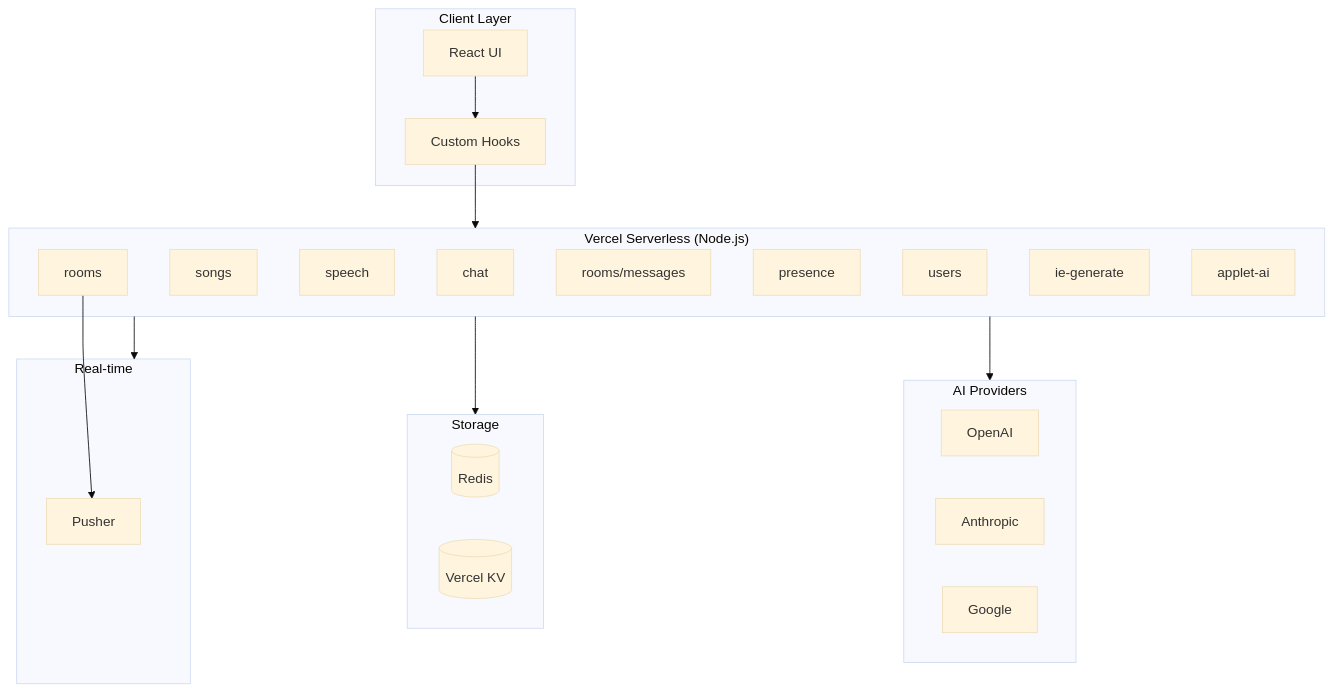
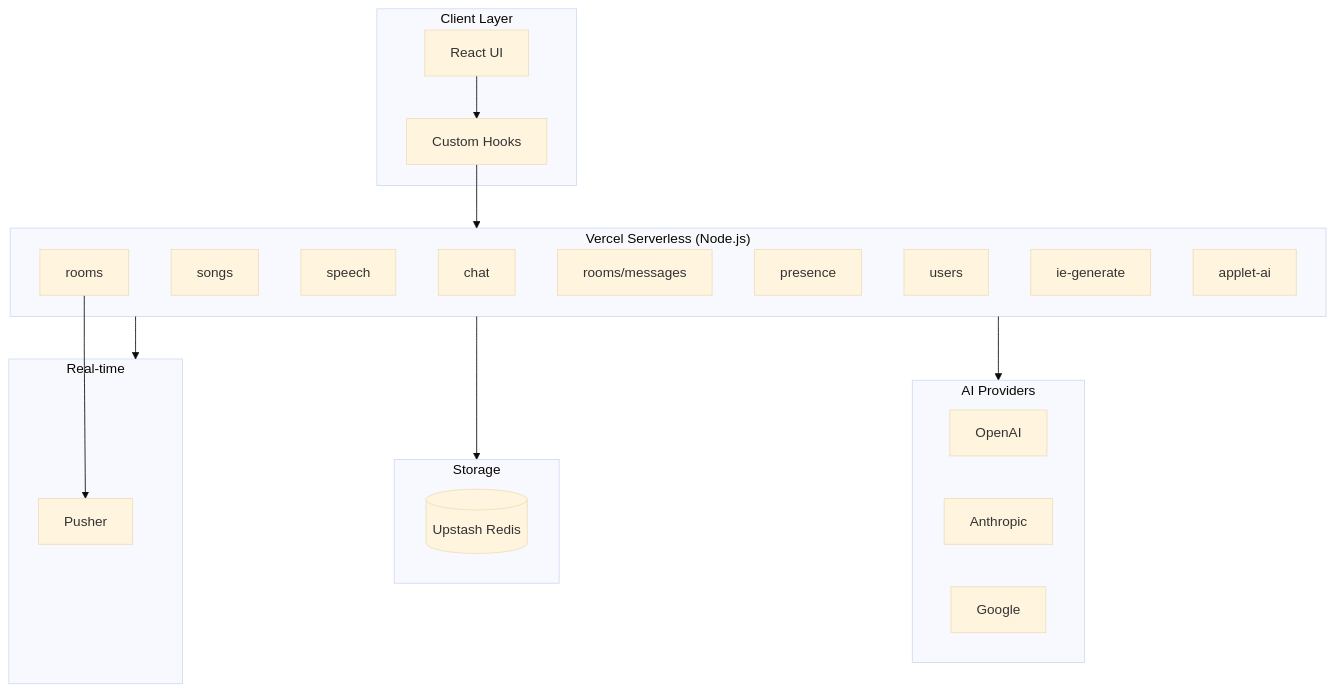
The first of 3 diagrams in docs/1.2-api-architecture.md (ryokun6/ryos), drawn with Mermaid (base theme) before and after one commit. The commit also changed 3 other files, not shown here.

````diff
--- a/docs/1.2-api-architecture.md
+++ b/docs/1.2-api-architecture.md
@@ -7,41 +7,40 @@
 ```mermaid
 graph TB
     subgraph Client["Client Layer"]
         UI[React UI]
         Hooks[Custom Hooks]
     end
     
     subgraph API["Vercel Serverless (Node.js)"]
         ChatAPI[chat]
         SongAPI[songs]
         SpeechAPI[speech]
         RoomsAPI[rooms]
         MessagesAPI[rooms/messages]
         PresenceAPI[presence]
         UsersAPI[users]
         IEAPI[ie-generate]
         AppletAPI[applet-ai]
     end
     
     subgraph AI["AI Providers"]
         OpenAI[OpenAI]
         Anthropic[Anthropic]
         Google[Google]
     end
     
     subgraph Storage["Storage"]
-        Redis[(Redis)]
-        KV[(Vercel KV)]
+        Redis[(Upstash Redis)]
     end
     
     subgraph Realtime["Real-time"]
         Pusher[Pusher]
     end
     
     UI --> Hooks
     Hooks --> API
     API --> AI
     API --> Storage
     API --> Realtime
     RoomsAPI --> Pusher
 ```
````
